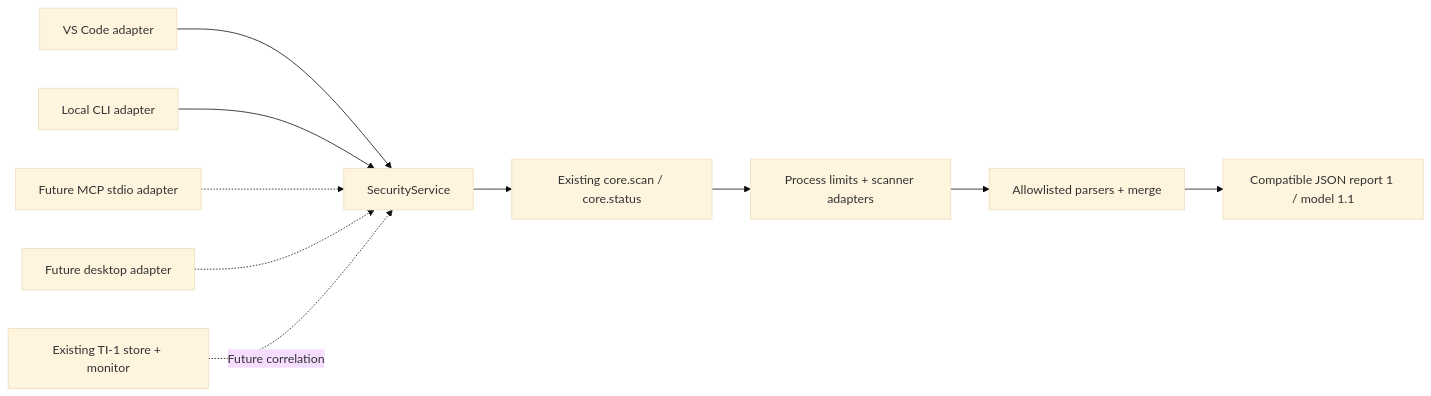
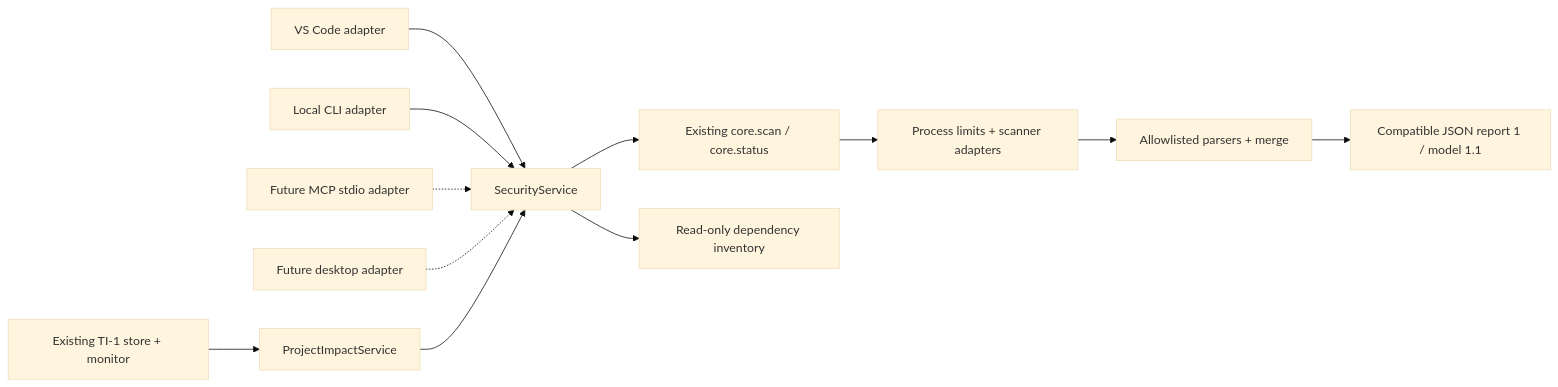
One commit to WhiteBearCode02/Sentinel6 changed the diagram in docs/shared-security-core.md. Above: the diagram before and after it, drawn with Mermaid (base theme). The commit also changed other lines of this file and 35 other files, not shown here.

````diff
--- a/docs/shared-security-core.md
+++ b/docs/shared-security-core.md
@@ -18,12 +18,14 @@
 ```mermaid
 flowchart LR
     V[VS Code adapter] --> S[SecurityService]
     C[Local CLI adapter] --> S
     M[Future MCP stdio adapter] -.-> S
     D[Future desktop adapter] -.-> S
     S --> E[Existing core.scan / core.status]
     E --> P[Process limits + scanner adapters]
     P --> R[Allowlisted parsers + merge]
     R --> J[Compatible JSON report 1 / model 1.1]
-    T[Existing TI-1 store + monitor] -. Future correlation .-> S
+    T[Existing TI-1 store + monitor] --> I[ProjectImpactService]
+    I --> S
+    S --> N[Read-only dependency inventory]
 ```
````
